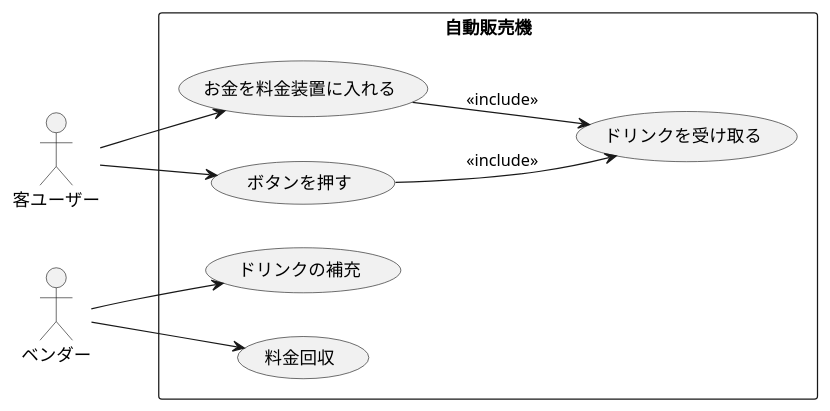
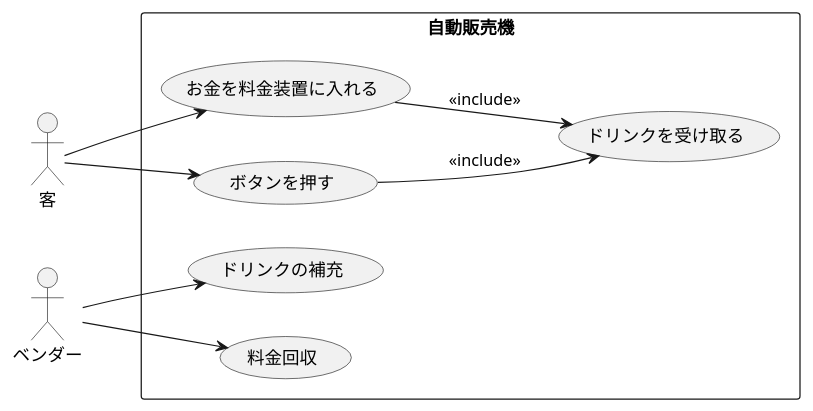
Before and after one commit to allface017/uml-introduction: the diagram in 演習6-4-2_ユースケース図_自動販売機.pu, drawn with PlantUML.

Commit message:
修正

```diff
--- a/演習6-4-2_ユースケース図_自動販売機.pu
+++ b/演習6-4-2_ユースケース図_自動販売機.pu
@@ -1,25 +1,25 @@
 @startuml ユースケース図
 
 left to right direction
 skinparam actorStyle stereotype
 skinparam packageStyle rectangle
 
-actor "客ユーザー" as Client
+actor "客" as Client
 actor "ベンダー" as Vendor
 
 rectangle "自動販売機" {
     usecase "お金を料金装置に入れる" as Money
     usecase "ボタンを押す" as Button
     usecase "ドリンクを受け取る" as Drink
     usecase "ドリンクの補充" as Drinkrel
     usecase "料金回収" as Value
     
     Client --> Money
     Client --> Button
     Button --> Drink: << include >>
     Money --> Drink: << include >>
     Vendor --> Drinkrel 
     Vendor -->  Value 
 }
 
 @enduml
```
